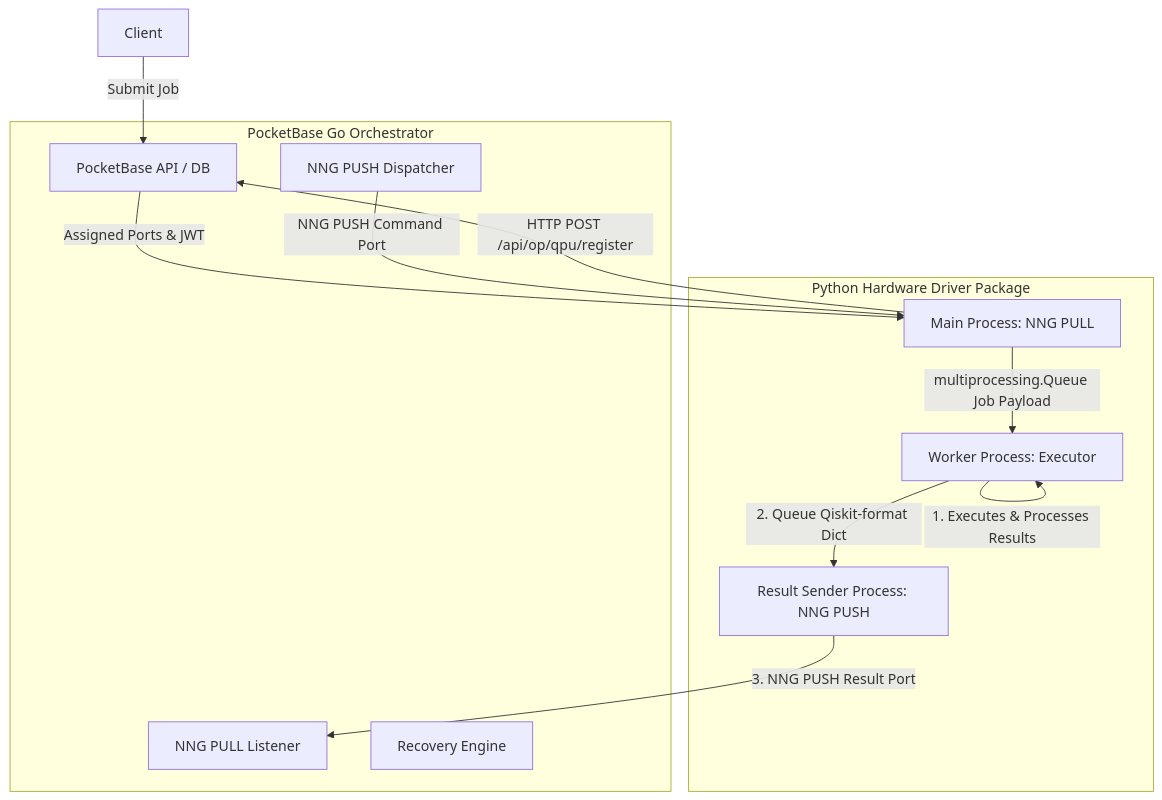
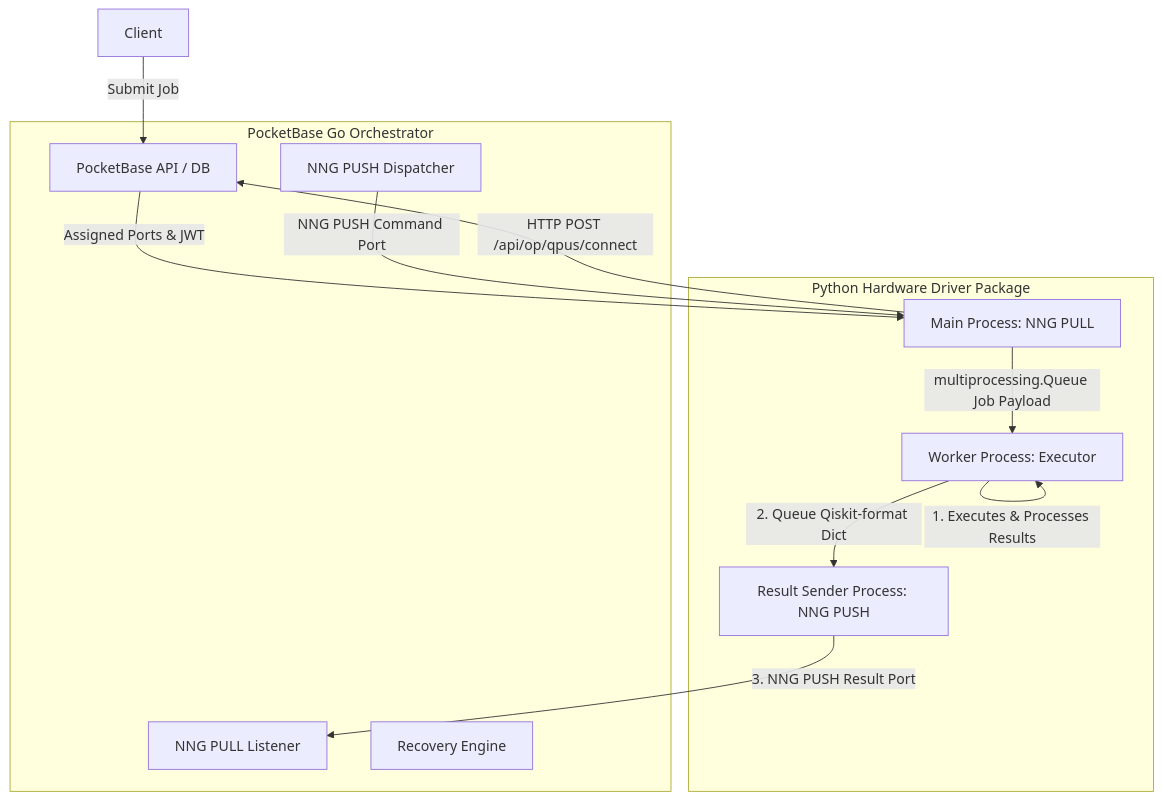
One commit to sopherapps/qpi changed the diagram in README.md. Above: the diagram before and after it, drawn with Mermaid. The commit also changed other lines of this file and 25 other files, not shown here.

````diff
--- a/README.md
+++ b/README.md
@@ -28,29 +28,29 @@
 ```mermaid
 graph TD
     subgraph pocketbase [PocketBase Go Orchestrator]
         PB[PocketBase API / DB]
         Dispatcher[NNG PUSH Dispatcher]
         Listener[NNG PULL Listener]
         Recovery[Recovery Engine]
     end
 
     subgraph python_driver [Python Hardware Driver Package]
         MainProc[Main Process: NNG PULL]
         Worker[Worker Process: Executor]
         ResultSender[Result Sender Process: NNG PUSH]
     end
 
     %% Client Interactions
     User[Client] -->|Submit Job| PB
     
-    %% Handshake & Registration
-    MainProc -->|HTTP POST /api/op/qpu/register| PB
+    %% Handshake & Connection
+    MainProc -->|HTTP POST /api/op/qpus/connect| PB
     PB -->|Assigned Ports & JWT| MainProc
     
     %% Multiprocessing Communication
     Dispatcher -->|NNG PUSH Command Port| MainProc
     MainProc -->|multiprocessing.Queue Job Payload| Worker
     Worker -->|1. Executes & Processes Results| Worker
     Worker -->|2. Queue Qiskit-format Dict| ResultSender
     ResultSender -->|3. NNG PUSH Result Port| Listener
 ```
````
